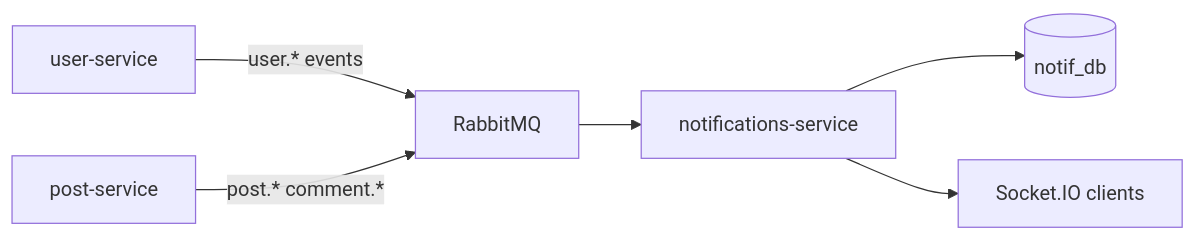
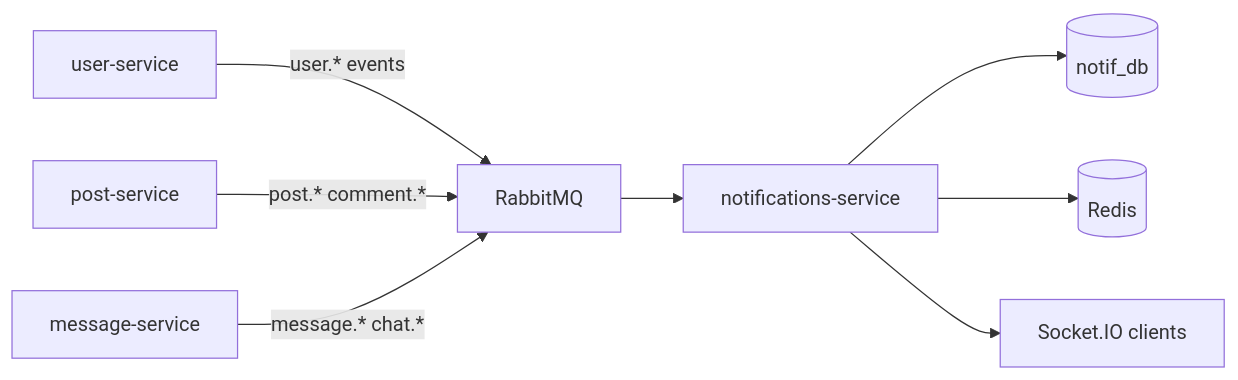
Before and after one commit to invatemi/social-backend-service: the diagram in docs/notifications-service/overview.md, drawn with Mermaid. The commit also changed other lines of this file and 62 other files, not shown here.

````diff
--- a/docs/notifications-service/overview.md
+++ b/docs/notifications-service/overview.md
@@ -26,8 +28,10 @@
 ```mermaid
 flowchart LR
   UserSvc[user-service] -->|user.* events| MQ[RabbitMQ]
   PostSvc[post-service] -->|post.* comment.*| MQ
+  MsgSvc[message-service] -->|message.* chat.*| MQ
   MQ --> Notif[notifications-service]
   Notif --> DB[(notif_db)]
+  Notif --> Redis[(Redis)]
   Notif --> WS[Socket.IO clients]
 ```
````
